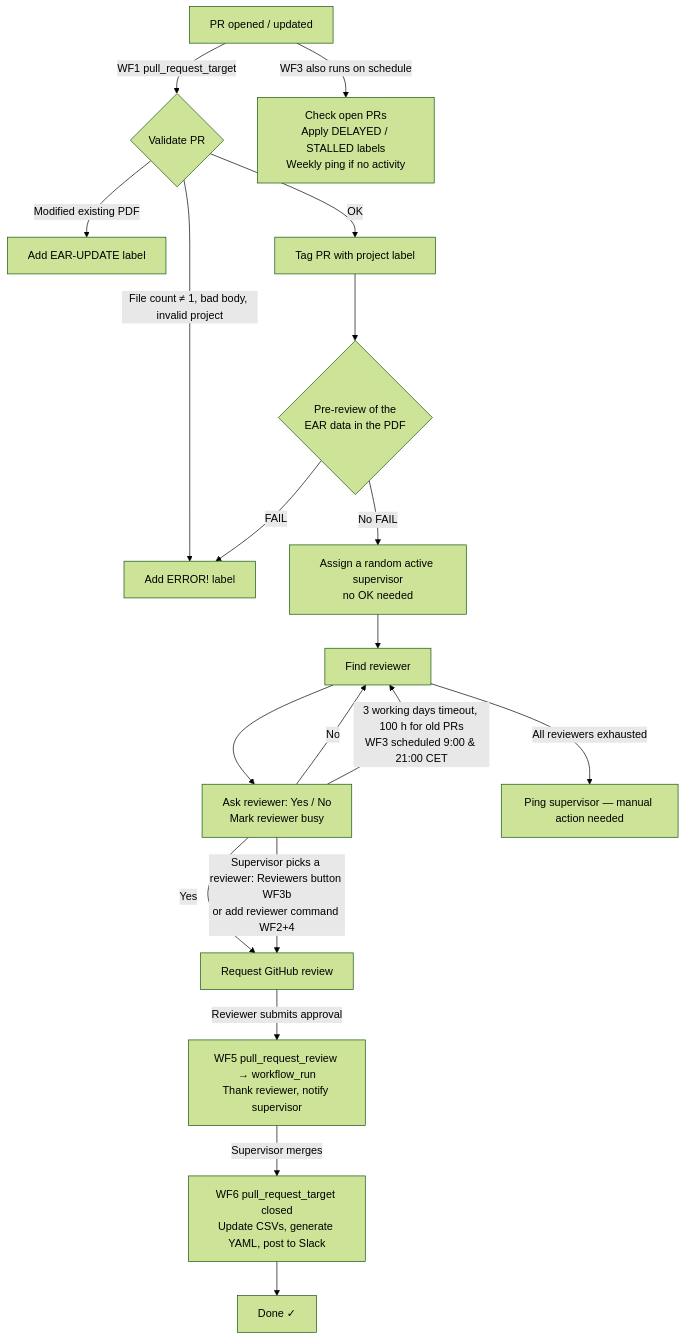
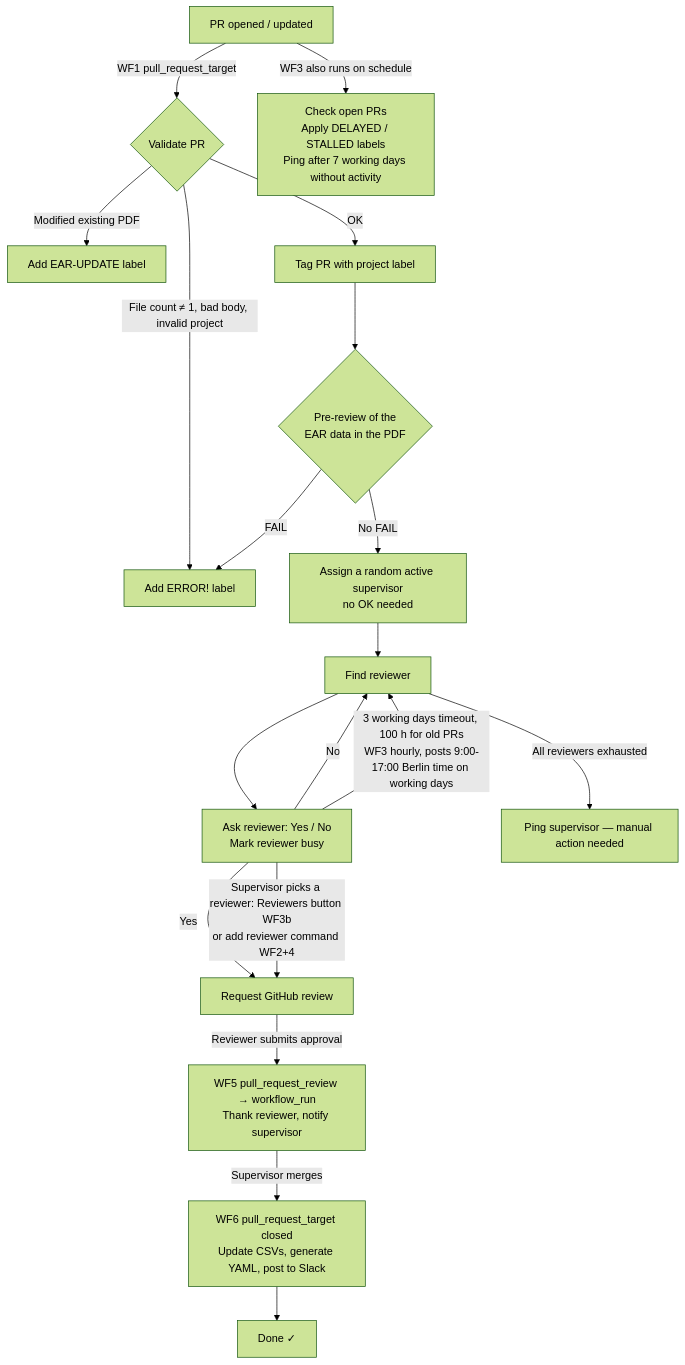
Before and after one commit to ERGA-consortium/EARs: the diagram in ear_bot/README.md, drawn with Mermaid (forest theme). The commit also changed other lines of this file and 2 other files, not shown here.

First line of the commit message:
Post scheduled messages only in office hours

````diff
--- a/ear_bot/README.md
+++ b/ear_bot/README.md
@@ -11,20 +11,20 @@
 ```mermaid
 flowchart TD
     A[PR opened / updated] -->|WF1 pull_request_target| B{Validate PR}
     B -->|File count ≠ 1, bad body, invalid project| C[Add ERROR! label]
     B -->|Modified existing PDF| D[Add EAR-UPDATE label]
     B -->|OK| T[Tag PR with project label] --> P{Pre-review of the\nEAR data in the PDF}
     P -->|FAIL| C
     P -->|No FAIL| E[Assign a random active supervisor\nno OK needed]
     E --> F[Find reviewer]
     F --> G[Ask reviewer: Yes / No\nMark reviewer busy]
     G -->|Yes| H[Request GitHub review]
     G -->|Supervisor picks a reviewer: Reviewers button WF3b\nor add reviewer command WF2+4| H
     G -->|No| F
-    G -->|3 working days timeout, 100 h for old PRs\nWF3 scheduled 9:00 & 21:00 CET| F
+    G -->|3 working days timeout, 100 h for old PRs\nWF3 hourly, posts 9:00-17:00 Berlin time on working days| F
     F -->|All reviewers exhausted| I[Ping supervisor — manual action needed]
     H -->|Reviewer submits approval| J[WF5 pull_request_review → workflow_run\nThank reviewer, notify supervisor]
     J -->|Supervisor merges| K[WF6 pull_request_target closed\nUpdate CSVs, generate YAML, post to Slack]
     K --> L[Done ✓]
-    A -->|WF3 also runs on schedule| M[Check open PRs\nApply DELAYED / STALLED labels\nWeekly ping if no activity]
+    A -->|WF3 also runs on schedule| M[Check open PRs\nApply DELAYED / STALLED labels\nPing after 7 working days without activity]
 ```
````
